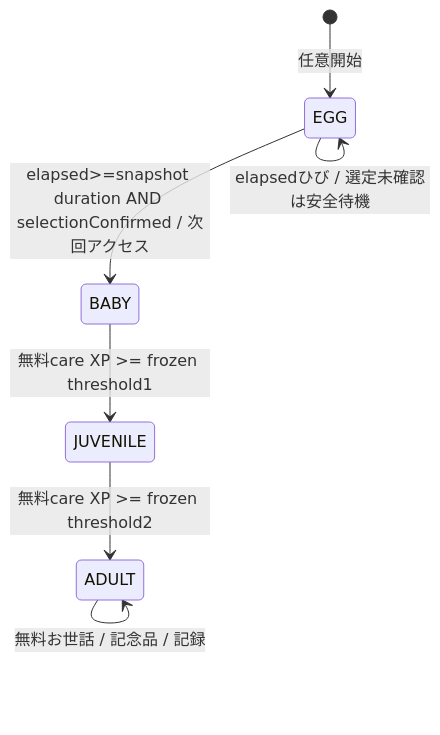
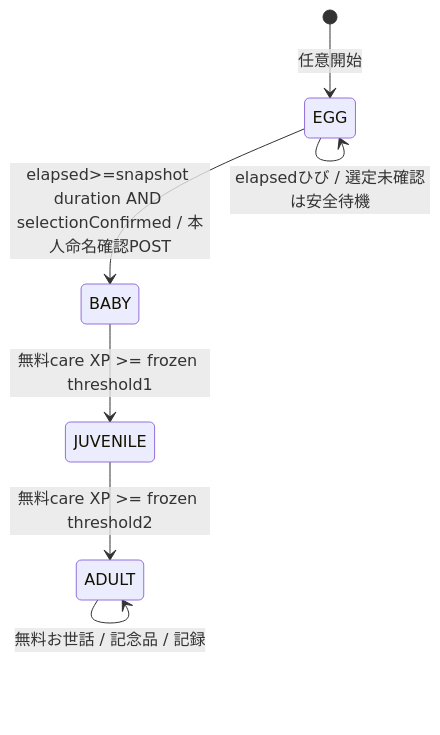
One commit to kenta-0420/mannschaft changed the third of 3 diagrams in docs/features/F04.7_dinosaur_ranch/02_rewards_data.md. Above: the diagram before and after it, drawn with Mermaid. The commit also changed other lines of this file and 5 other files, not shown here.

````diff
--- a/docs/features/F04.7_dinosaur_ranch/02_rewards_data.md
+++ b/docs/features/F04.7_dinosaur_ranch/02_rewards_data.md
@@ -130,9 +129,9 @@
 ```mermaid
 stateDiagram-v2
  [*] --> EGG : 任意開始
  EGG --> EGG : elapsedひび / 選定未確認は安全待機
- EGG --> BABY : elapsed>=snapshot duration AND selectionConfirmed / 次回アクセス
+ EGG --> BABY : elapsed>=snapshot duration AND selectionConfirmed / 本人命名確認POST
  BABY --> JUVENILE : 無料care XP >= frozen threshold1
  JUVENILE --> ADULT : 無料care XP >= frozen threshold2
  ADULT --> ADULT : 無料お世話 / 記念品 / 記録
 ```
````
